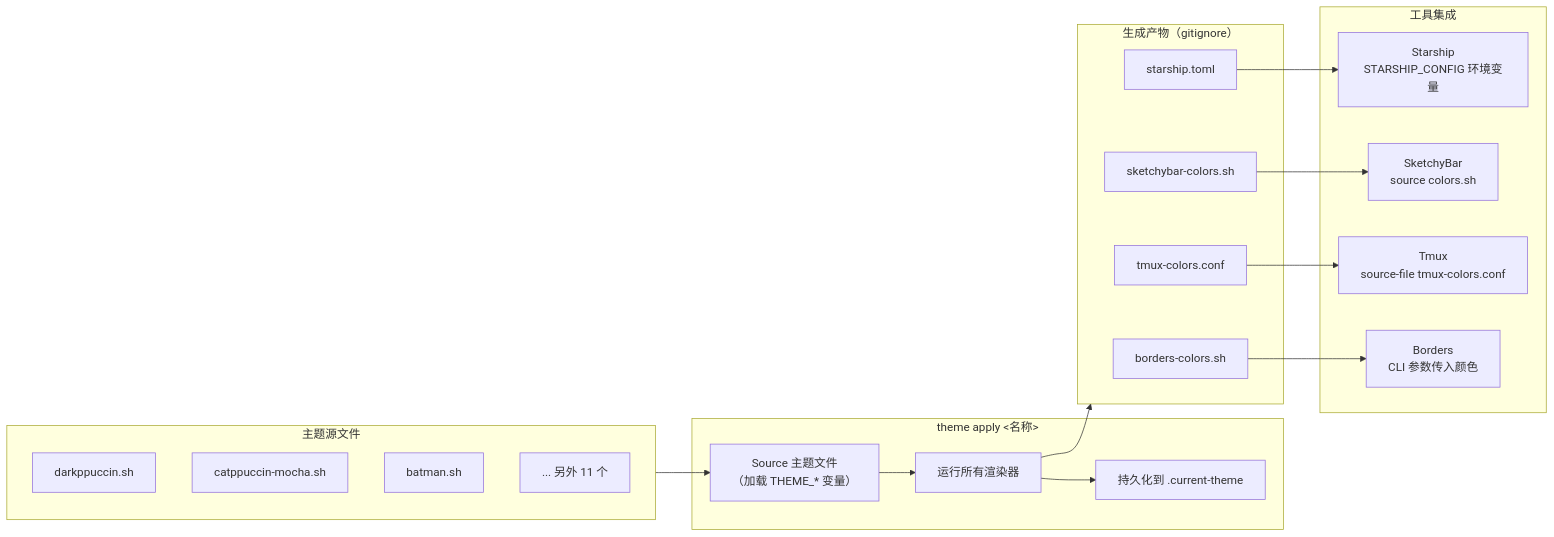
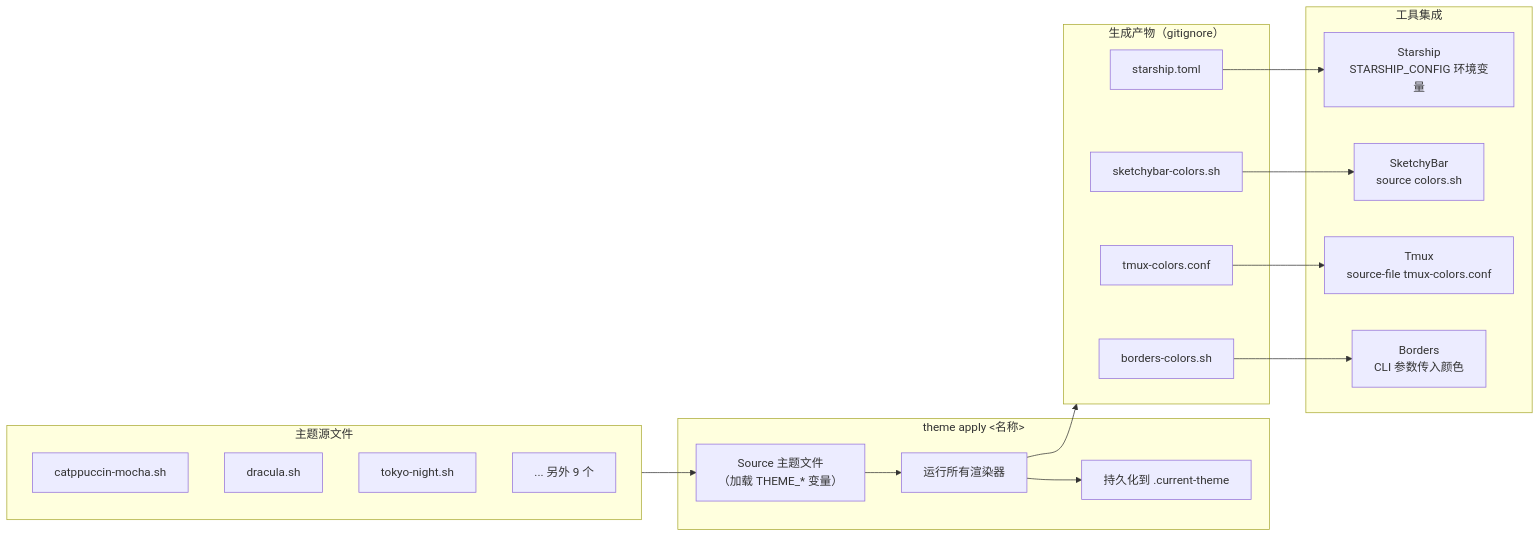
The second of 4 diagrams in README.zh-CN.md (slashspace/dotfiles), drawn with Mermaid before and after one commit. The commit also changed other lines of this file and 1 other file, not shown here.

````diff
--- a/README.zh-CN.md
+++ b/README.zh-CN.md
@@ -79,36 +79,36 @@
 ```mermaid
 flowchart LR
     subgraph source ["主题源文件"]
-        T1["darkppuccin.sh"]
-        T2["catppuccin-mocha.sh"]
-        T3["batman.sh"]
-        T4["... 另外 11 个"]
+        T1["catppuccin-mocha.sh"]
+        T2["dracula.sh"]
+        T3["tokyo-night.sh"]
+        T4["... 另外 9 个"]
     end
 
     subgraph apply ["theme apply <名称>"]
         S["Source 主题文件<br/>（加载 THEME_* 变量）"]
         R["运行所有渲染器"]
         P["持久化到 .current-theme"]
     end
 
     subgraph generated ["生成产物（gitignore）"]
         G1["starship.toml"]
         G2["sketchybar-colors.sh"]
         G3["tmux-colors.conf"]
         G4["borders-colors.sh"]
     end
 
     subgraph tools ["工具集成"]
         ST["Starship<br/>STARSHIP_CONFIG 环境变量"]
         SB["SketchyBar<br/>source colors.sh"]
         TM["Tmux<br/>source-file tmux-colors.conf"]
         BD["Borders<br/>CLI 参数传入颜色"]
     end
 
     source --> S --> R --> P
     R --> generated
     G1 --> ST
     G2 --> SB
     G3 --> TM
     G4 --> BD
 ```
````
